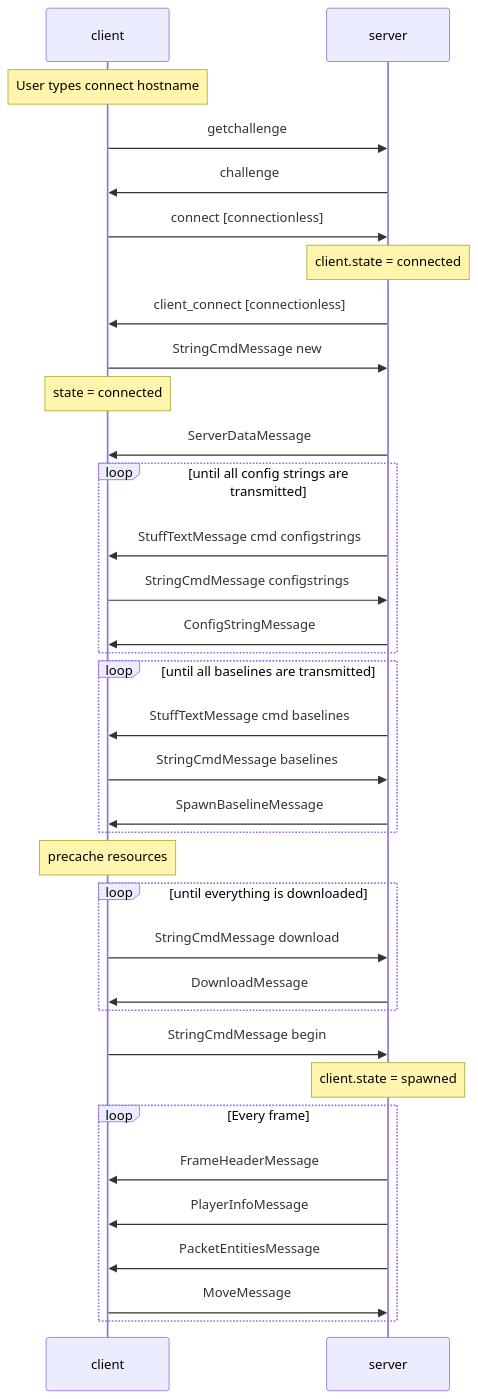
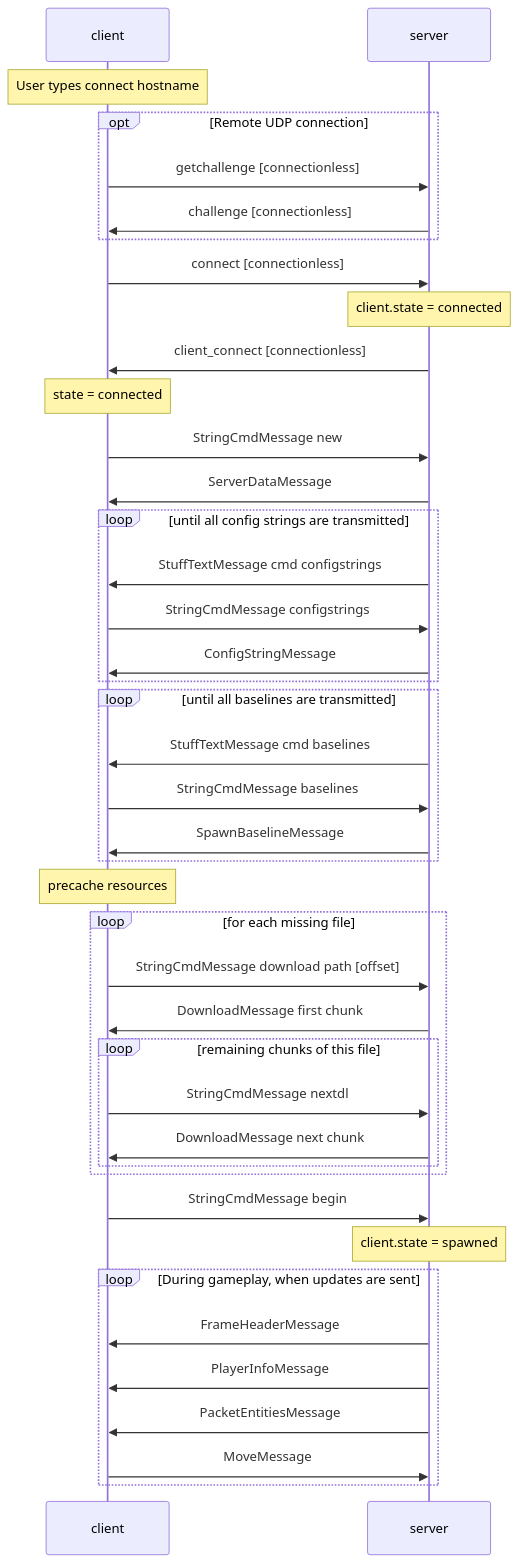
Before and after one commit to demoth/jake2: the diagram in info/Networking.md, drawn with Mermaid. The commit also changed other lines of this file, not shown here.

````diff
--- a/info/Networking.md
+++ b/info/Networking.md
@@ -83,42 +94,48 @@
 ```mermaid
 sequenceDiagram
     participant client
     participant server
 
     Note over client: User types connect hostname
-    client->>server: getchallenge
-    server->>client: challenge
+    opt Remote UDP connection
+        client->>server: getchallenge [connectionless]
+        server->>client: challenge [connectionless]
+    end
     client->>server: connect [connectionless]
     Note over server: client.state = connected
     server->>client: client_connect [connectionless]
+    Note over client: state = connected
     client->>server: StringCmdMessage new
-    Note over client: state = connected
     server->>client: ServerDataMessage
 
     loop until all config strings are transmitted
         server->>client: StuffTextMessage cmd configstrings
         client->>server: StringCmdMessage configstrings
         server->>client: ConfigStringMessage
     end
 
     loop until all baselines are transmitted
         server->>client: StuffTextMessage cmd baselines
         client->>server: StringCmdMessage baselines
         server->>client: SpawnBaselineMessage
     end
     Note over client: precache resources
-    loop until everything is downloaded
-        client->>server: StringCmdMessage download
-        server->>client: DownloadMessage
+    loop for each missing file
+        client->>server: StringCmdMessage download path [offset]
+        server->>client: DownloadMessage first chunk
+        loop remaining chunks of this file
+            client->>server: StringCmdMessage nextdl
+            server->>client: DownloadMessage next chunk
+        end
     end
 
     client->>server: StringCmdMessage begin
     Note over server: client.state = spawned
 
-    loop Every frame
+    loop During gameplay, when updates are sent
         server->>client: FrameHeaderMessage
         server->>client: PlayerInfoMessage
         server->>client: PacketEntitiesMessage
         client->>server: MoveMessage
     end
 ```
````
